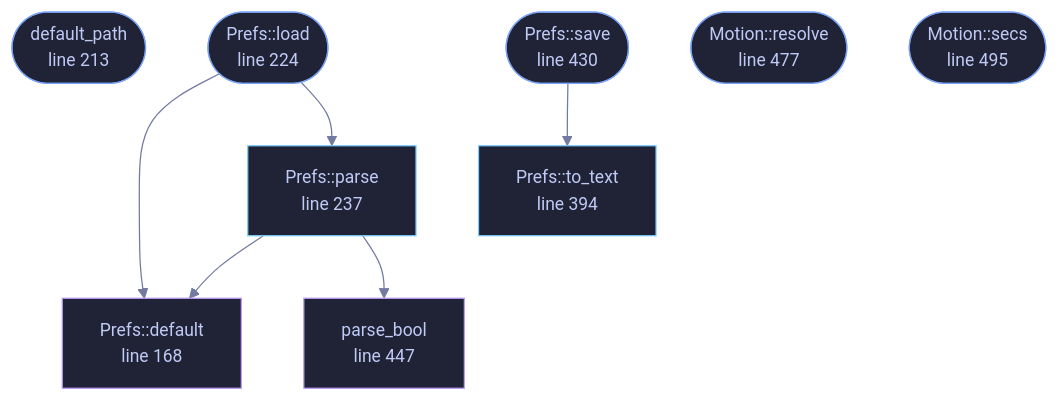
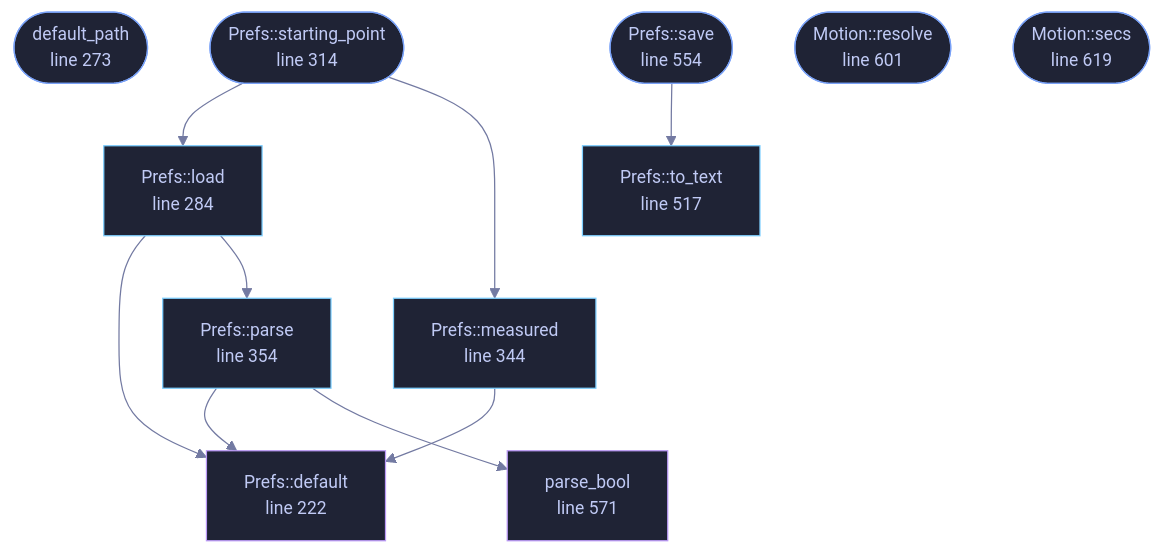
One commit to tilas01/veilvoice changed the diagram in docs/files/veilvoice-gui/prefs.md. Above: the diagram before and after it, drawn with Mermaid. The commit also changed other lines of this file and 72 other files, not shown here.

````diff
--- a/docs/files/veilvoice-gui/prefs.md
+++ b/docs/files/veilvoice-gui/prefs.md
@@ -109,33 +136,40 @@
 ```mermaid
 %%{init: {"theme":"base","themeVariables":{"background":"#1a1b26","primaryColor":"#1f2335","primaryTextColor":"#c0caf5","primaryBorderColor":"#7aa2f7","secondaryColor":"#16161e","tertiaryColor":"#16161e","lineColor":"#737aa2","textColor":"#c0caf5","mainBkg":"#1f2335","nodeBorder":"#7aa2f7","clusterBkg":"#16161e","clusterBorder":"#2f3549","fontFamily":"ui-monospace, SFMono-Regular, Consolas, monospace","fontSize":"14px"}}}%%
 flowchart TD
-    n_default["Prefs::default<br/>line 168"]
-    n_default_path(["default_path<br/>line 213"])
-    n_load(["Prefs::load<br/>line 224"])
-    n_parse["Prefs::parse<br/>line 237"]
-    n_to_text["Prefs::to_text<br/>line 394"]
-    n_save(["Prefs::save<br/>line 430"])
-    n_parse_bool["parse_bool<br/>line 447"]
-    n_resolve(["Motion::resolve<br/>line 477"])
-    n_secs(["Motion::secs<br/>line 495"])
+    n_default["Prefs::default<br/>line 222"]
+    n_default_path(["default_path<br/>line 273"])
+    n_load["Prefs::load<br/>line 284"]
+    n_starting_point(["Prefs::starting_point<br/>line 314"])
+    n_measured["Prefs::measured<br/>line 344"]
+    n_parse["Prefs::parse<br/>line 354"]
+    n_to_text["Prefs::to_text<br/>line 517"]
+    n_save(["Prefs::save<br/>line 554"])
+    n_parse_bool["parse_bool<br/>line 571"]
+    n_resolve(["Motion::resolve<br/>line 601"])
+    n_secs(["Motion::secs<br/>line 619"])
     n_load --> n_default
     n_load --> n_parse
+    n_measured --> n_default
     n_parse --> n_default
     n_parse --> n_parse_bool
     n_save --> n_to_text
-    click n_default href "https://github.com/tilas01/veilvoice/blob/main/crates/veilvoice-gui/src/prefs.rs#L168" "open the source"
-    click n_default_path href "https://github.com/tilas01/veilvoice/blob/main/crates/veilvoice-gui/src/prefs.rs#L213" "open the source"
-    click n_load href "https://github.com/tilas01/veilvoice/blob/main/crates/veilvoice-gui/src/prefs.rs#L224" "open the source"
-    click n_parse href "https://github.com/tilas01/veilvoice/blob/main/crates/veilvoice-gui/src/prefs.rs#L237" "open the source"
-    click n_to_text href "https://github.com/tilas01/veilvoice/blob/main/crates/veilvoice-gui/src/prefs.rs#L394" "open the source"
-    click n_save href "https://github.com/tilas01/veilvoice/blob/main/crates/veilvoice-gui/src/prefs.rs#L430" "open the source"
-    click n_parse_bool href "https://github.com/tilas01/veilvoice/blob/main/crates/veilvoice-gui/src/prefs.rs#L447" "open the source"
-    click n_resolve href "https://github.com/tilas01/veilvoice/blob/main/crates/veilvoice-gui/src/prefs.rs#L477" "open the source"
-    click n_secs href "https://github.com/tilas01/veilvoice/blob/main/crates/veilvoice-gui/src/prefs.rs#L495" "open the source"
+    n_starting_point --> n_load
+    n_starting_point --> n_measured
+    click n_default href "https://github.com/tilas01/veilvoice/blob/main/crates/veilvoice-gui/src/prefs.rs#L222" "open the source"
+    click n_default_path href "https://github.com/tilas01/veilvoice/blob/main/crates/veilvoice-gui/src/prefs.rs#L273" "open the source"
+    click n_load href "https://github.com/tilas01/veilvoice/blob/main/crates/veilvoice-gui/src/prefs.rs#L284" "open the source"
+    click n_starting_point href "https://github.com/tilas01/veilvoice/blob/main/crates/veilvoice-gui/src/prefs.rs#L314" "open the source"
+    click n_measured href "https://github.com/tilas01/veilvoice/blob/main/crates/veilvoice-gui/src/prefs.rs#L344" "open the source"
+    click n_parse href "https://github.com/tilas01/veilvoice/blob/main/crates/veilvoice-gui/src/prefs.rs#L354" "open the source"
+    click n_to_text href "https://github.com/tilas01/veilvoice/blob/main/crates/veilvoice-gui/src/prefs.rs#L517" "open the source"
+    click n_save href "https://github.com/tilas01/veilvoice/blob/main/crates/veilvoice-gui/src/prefs.rs#L554" "open the source"
+    click n_parse_bool href "https://github.com/tilas01/veilvoice/blob/main/crates/veilvoice-gui/src/prefs.rs#L571" "open the source"
+    click n_resolve href "https://github.com/tilas01/veilvoice/blob/main/crates/veilvoice-gui/src/prefs.rs#L601" "open the source"
+    click n_secs href "https://github.com/tilas01/veilvoice/blob/main/crates/veilvoice-gui/src/prefs.rs#L619" "open the source"
     classDef entry fill:#1f2335,stroke:#7aa2f7,color:#c0caf5
-    class n_default_path,n_load,n_save,n_resolve,n_secs entry
+    class n_default_path,n_starting_point,n_save,n_resolve,n_secs entry
     classDef api fill:#1f2335,stroke:#7dcfff,color:#c0caf5
-    class n_parse,n_to_text api
+    class n_load,n_measured,n_parse,n_to_text api
     classDef helper fill:#1f2335,stroke:#bb9af7,color:#c0caf5
     class n_default,n_parse_bool helper
 ```
````
